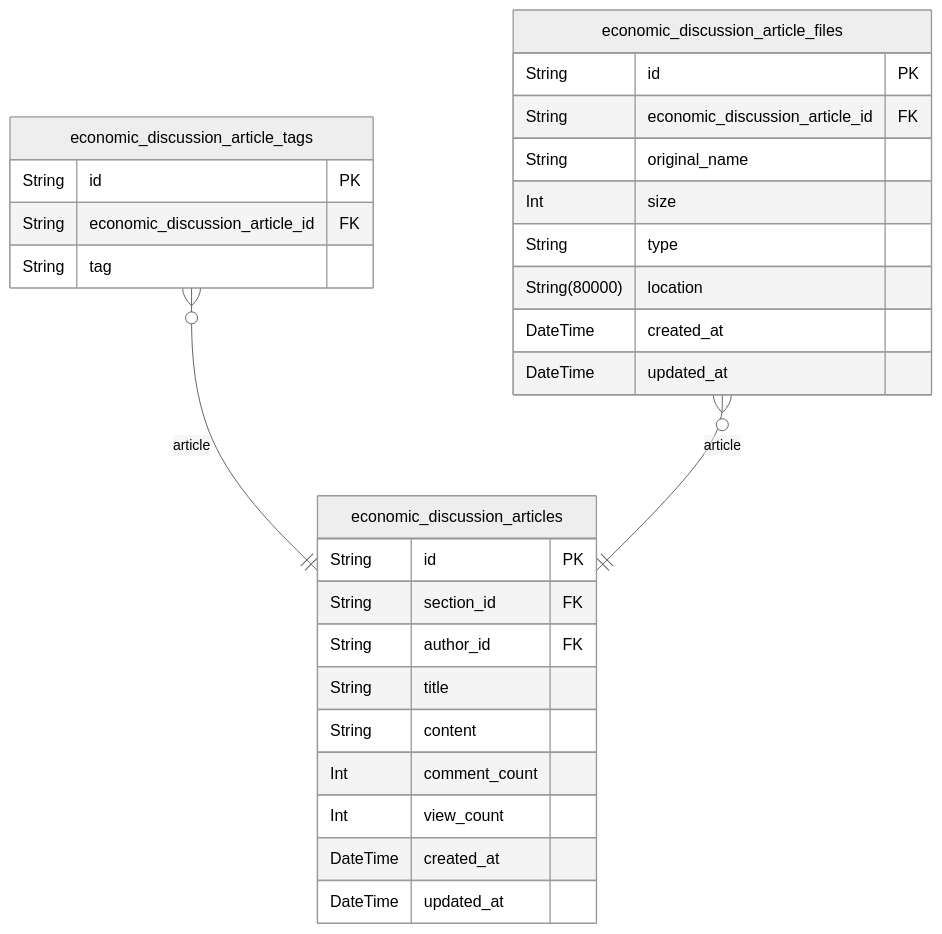
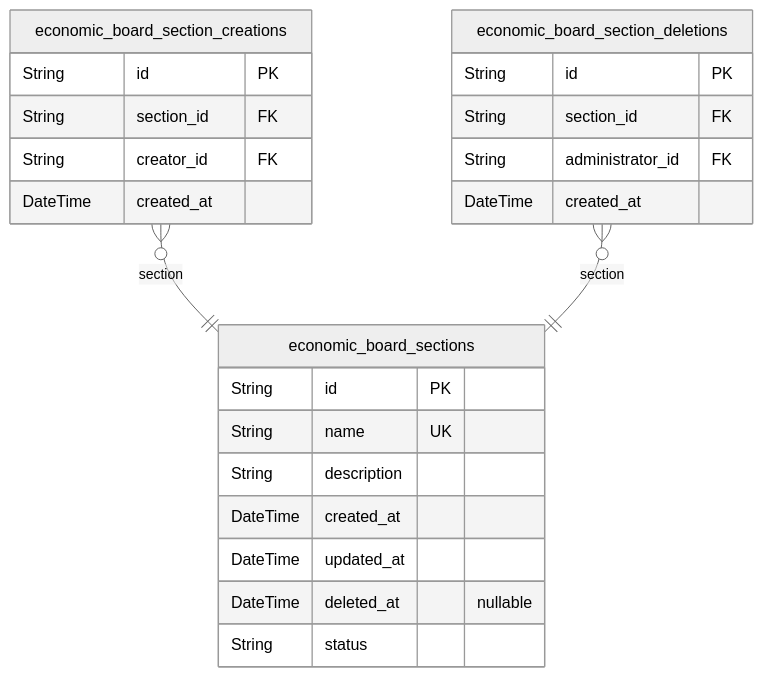
The third of 9 diagrams in qwen/qwen3-next-80b-a3b-instruct/bbs/docs/ERD.md (wrtnlabs/autobe-examples), drawn with Mermaid (neutral theme) before and after one commit. The commit also changed other lines of this file and 11104 other files, not shown here.

````diff
--- a/qwen/qwen3-next-80b-a3b-instruct/bbs/docs/ERD.md
+++ b/qwen/qwen3-next-80b-a3b-instruct/bbs/docs/ERD.md
@@ -855,31 +617,26 @@
 ```mermaid
 erDiagram
-"economic_discussion_articles" {
+"economic_board_sections" {
+  String id PK
+  String name UK
+  String description
+  DateTime created_at
+  DateTime updated_at
+  DateTime deleted_at "nullable"
+  String status
+}
+"economic_board_section_creations" {
   String id PK
   String section_id FK
-  String author_id FK
-  String title
-  String content
-  Int comment_count
-  Int view_count
+  String creator_id FK
   DateTime created_at
-  DateTime updated_at
 }
-"economic_discussion_article_tags" {
+"economic_board_section_deletions" {
   String id PK
-  String economic_discussion_article_id FK
-  String tag
+  String section_id FK
+  String administrator_id FK
+  DateTime created_at
 }
-"economic_discussion_article_files" {
-  String id PK
-  String economic_discussion_article_id FK
-  String original_name
-  Int size
-  String type
-  String(80000) location
-  DateTime created_at
-  DateTime updated_at
-}
-"economic_discussion_article_tags" }o--|| "economic_discussion_articles" : article
-"economic_discussion_article_files" }o--|| "economic_discussion_articles" : article
+"economic_board_section_creations" }o--|| "economic_board_sections" : section
+"economic_board_section_deletions" }o--|| "economic_board_sections" : section
 ```
````
